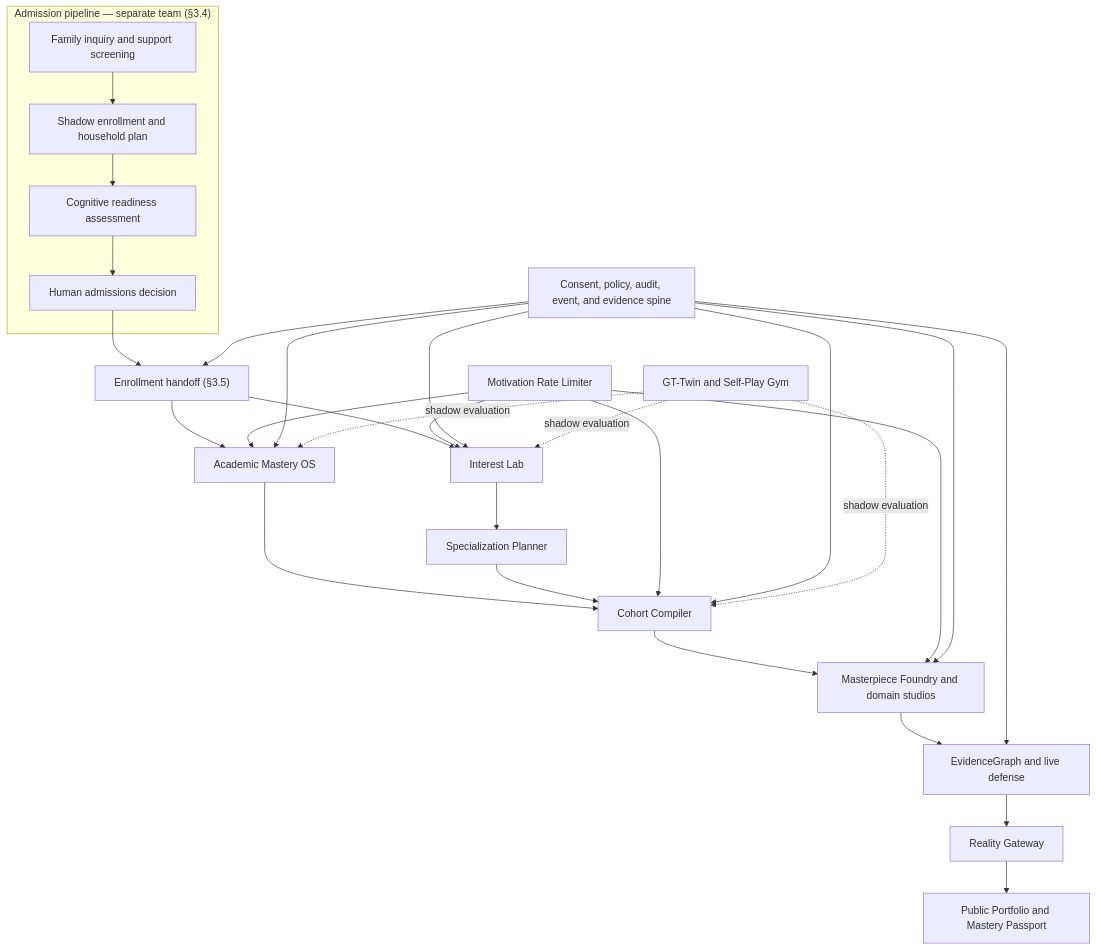
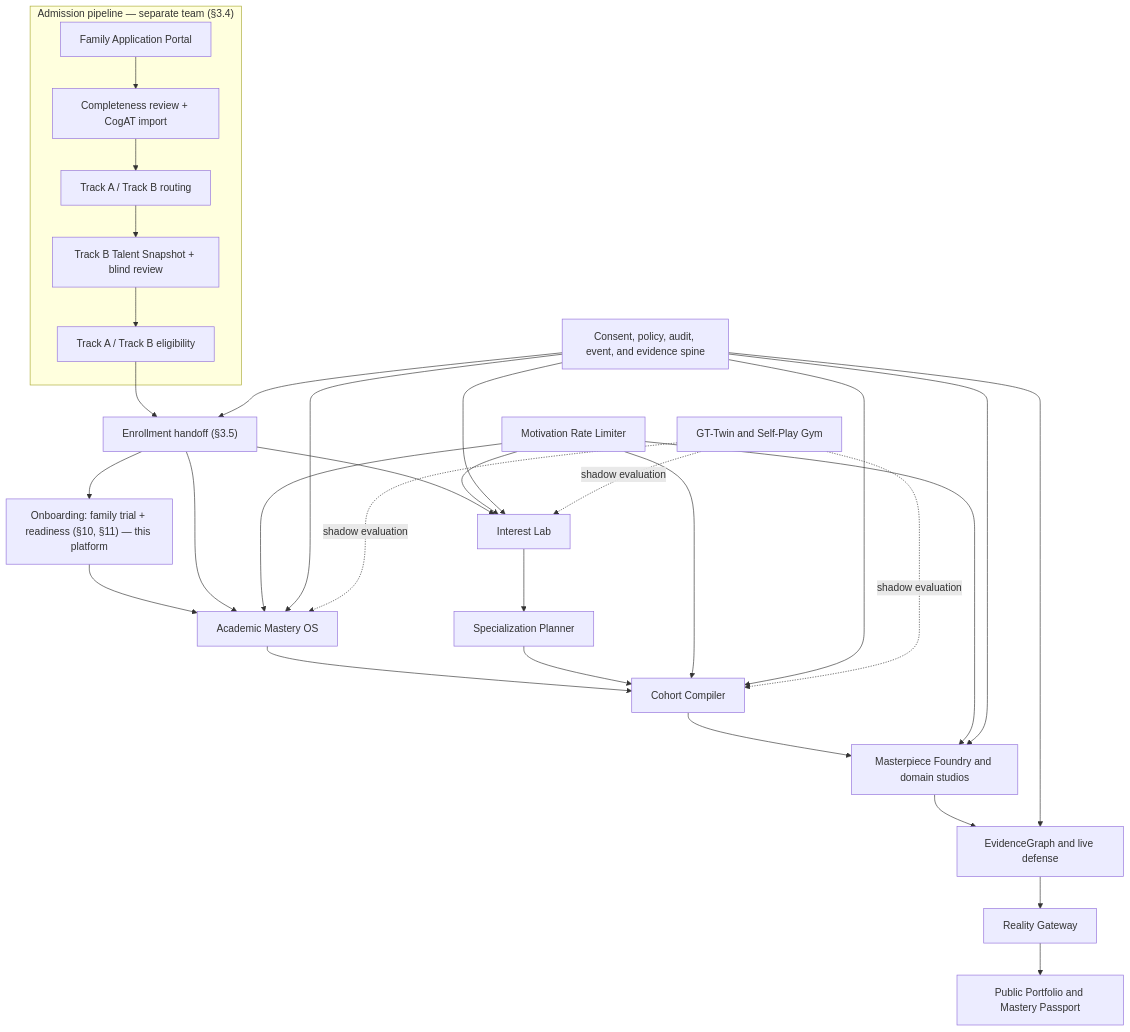
The first of 4 diagrams in PRD.md (spinkicks/gt100k), drawn with Mermaid before and after one commit. The commit also changed other lines of this file, not shown here.

Commit message:
integrate prd with admissions work

````diff
--- a/PRD.md
+++ b/PRD.md
@@ -297,31 +316,34 @@
 ```mermaid
 flowchart TD
     subgraph ADM["Admission pipeline — separate team (§3.4)"]
-      A["Family inquiry and support screening"] --> B["Shadow enrollment and household plan"]
-      B --> C["Cognitive readiness assessment"]
-      C --> D["Human admissions decision"]
+      A["Family Application Portal"] --> B["Completeness review + CogAT import"]
+      B --> C["Track A / Track B routing"]
+      C --> D["Track B Talent Snapshot + blind review"]
+      D --> DE["Track A / Track B eligibility"]
     end
-    D --> HO["Enrollment handoff (§3.5)"]
-    HO --> E["Academic Mastery OS"]
+    DE --> HO["Enrollment handoff (§3.5)"]
+    HO --> OB["Onboarding: family trial + readiness (§10, §11) — this platform"]
+    OB --> E["Academic Mastery OS"]
+    HO --> E
     HO --> F["Interest Lab"]
     F --> G["Specialization Planner"]
     E --> H["Cohort Compiler"]
     G --> H
     H --> I["Masterpiece Foundry and domain studios"]
     I --> J["EvidenceGraph and live defense"]
     J --> K["Reality Gateway"]
     K --> L["Public Portfolio and Mastery Passport"]
     M["Motivation Rate Limiter"] --> E
     M --> F
     M --> H
     M --> I
     N["Consent, policy, audit, event, and evidence spine"] --> HO
     N --> E
     N --> F
     N --> H
     N --> I
     N --> J
     O["GT-Twin and Self-Play Gym"] -. shadow evaluation .-> E
     O -. shadow evaluation .-> F
     O -. shadow evaluation .-> H
 ```
````
